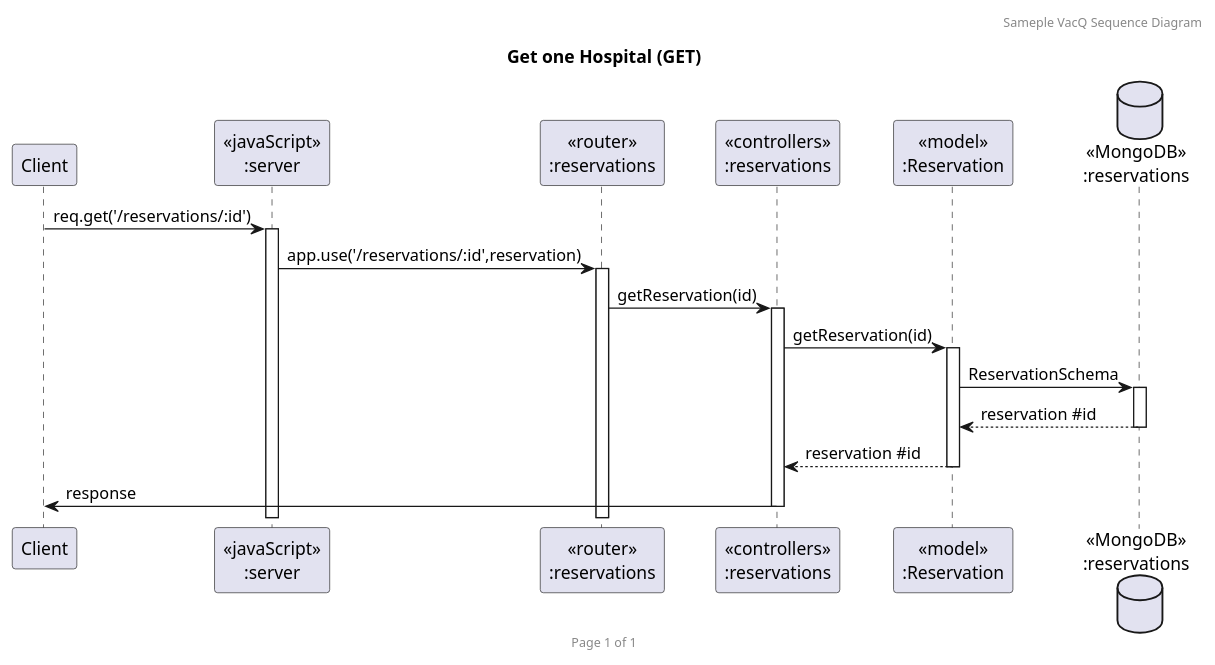
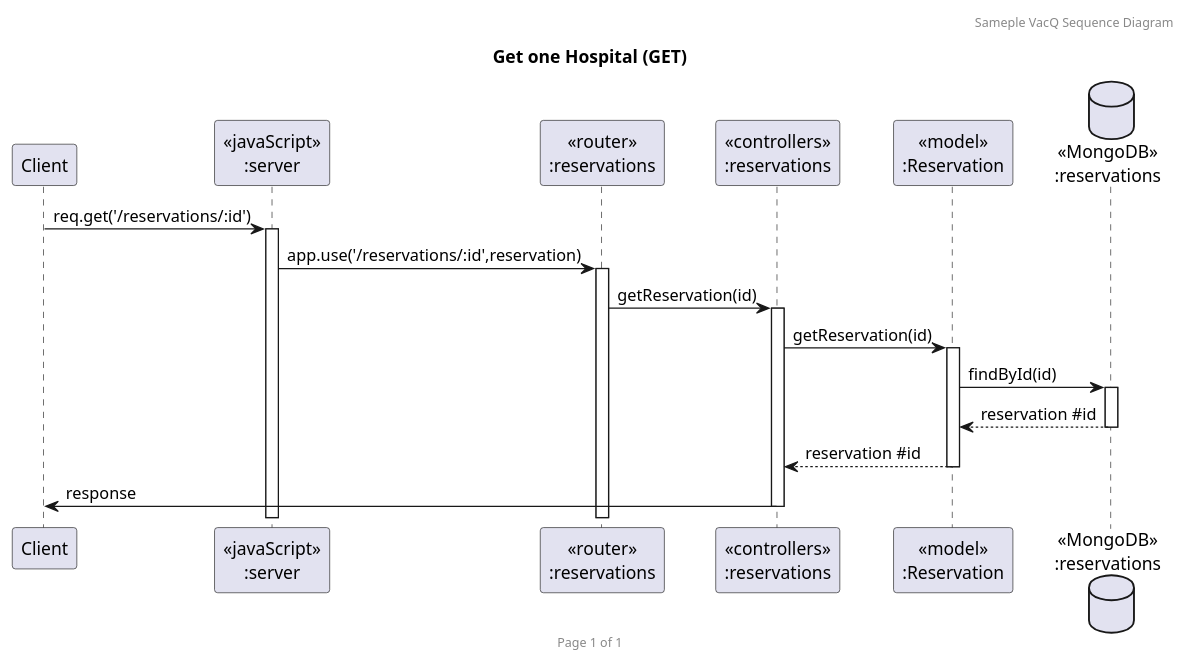
The diagram in uml/coWorking_reservation_getone.puml (GavinITP/co-working-space-reservation), drawn with PlantUML before and after one commit. The commit also changed 4 other files, not shown here.

```diff
--- a/uml/coWorking_reservation_getone.puml
+++ b/uml/coWorking_reservation_getone.puml
@@ -1,23 +1,23 @@
 @startuml Get one Hospital (GET)
 
 header Sameple VacQ Sequence Diagram
 footer Page %page% of %lastpage%
 title "Get one Hospital (GET)"
 
 participant "Client" as client
 participant "<<javaScript>>\n:server" as server
 participant "<<router>>\n:reservations" as routerReservation
 participant "<<controllers>>\n:reservations" as controllersReservation
 participant "<<model>>\n:Reservation" as modelReservation
 database "<<MongoDB>>\n:reservations" as ReservationDatabase
 
 client->server ++:req.get('/reservations/:id')
 server->routerReservation ++:app.use('/reservations/:id',reservation)
 routerReservation -> controllersReservation ++:getReservation(id)
 controllersReservation->modelReservation ++:getReservation(id)
-modelReservation ->ReservationDatabase ++: ReservationSchema
+modelReservation ->ReservationDatabase ++: findById(id)
 ReservationDatabase --> modelReservation --: reservation #id
 controllersReservation <-- modelReservation --: reservation #id
 controllersReservation->client --:response
 
 @enduml
```
